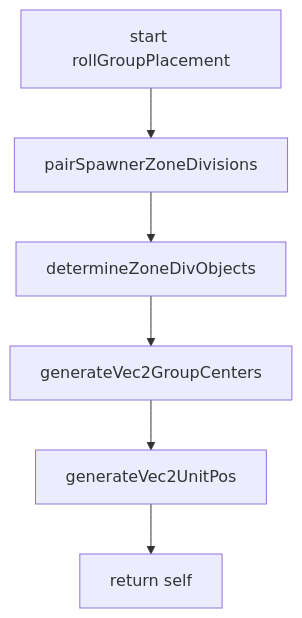
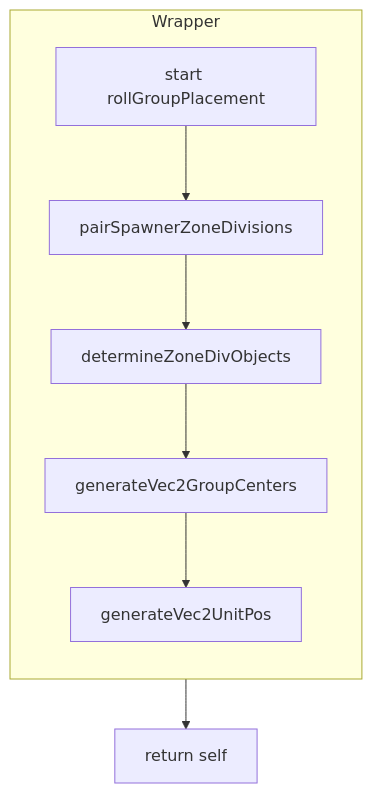
One commit to Gh0st352/AETHR changed the second of 5 diagrams in docs/spawner/auxiliary.md. Above: the diagram before and after it, drawn with Mermaid. The commit also changed other lines of this file and 9 other files, not shown here.

First line of the commit message:
docs(spawner, mermaid): restructure diagrams and clarify headings

````diff
--- a/docs/spawner/auxiliary.md
+++ b/docs/spawner/auxiliary.md
@@ -30,8 +37,15 @@
 ```mermaid
+%% shared theme: docs/_mermaid/theme.json %%
 flowchart TB
-  RP0[start rollGroupPlacement] --> D0[pairSpawnerZoneDivisions]
-  D0 --> O0[determineZoneDivObjects]
-  O0 --> C0[generateVec2GroupCenters]
-  C0 --> U0[generateVec2UnitPos]
+  subgraph "Wrapper"
+    direction TB
+    RP0[start rollGroupPlacement] --> D0[pairSpawnerZoneDivisions]
+    D0 --> O0[determineZoneDivObjects]
+    O0 --> C0[generateVec2GroupCenters]
+    C0 --> U0[generateVec2UnitPos]
+  end
   U0 --> OUT[return self]
+  class RP0 class_io;
+  class D0,O0,C0,U0 class_step;
+  class OUT class_result;
 ```
````
